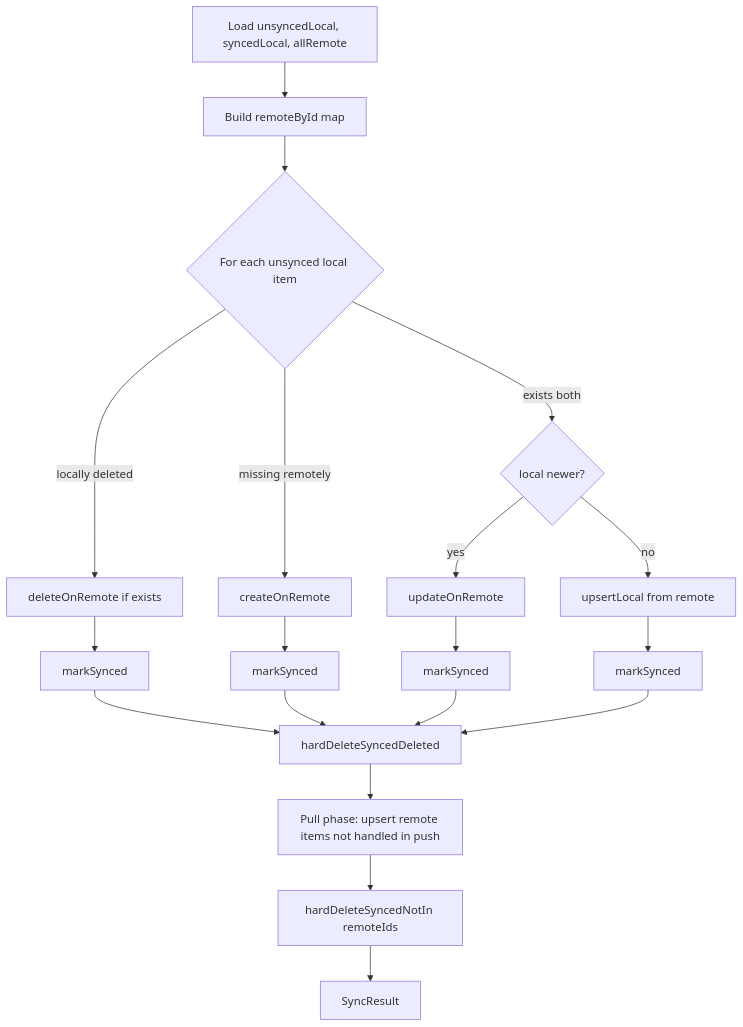
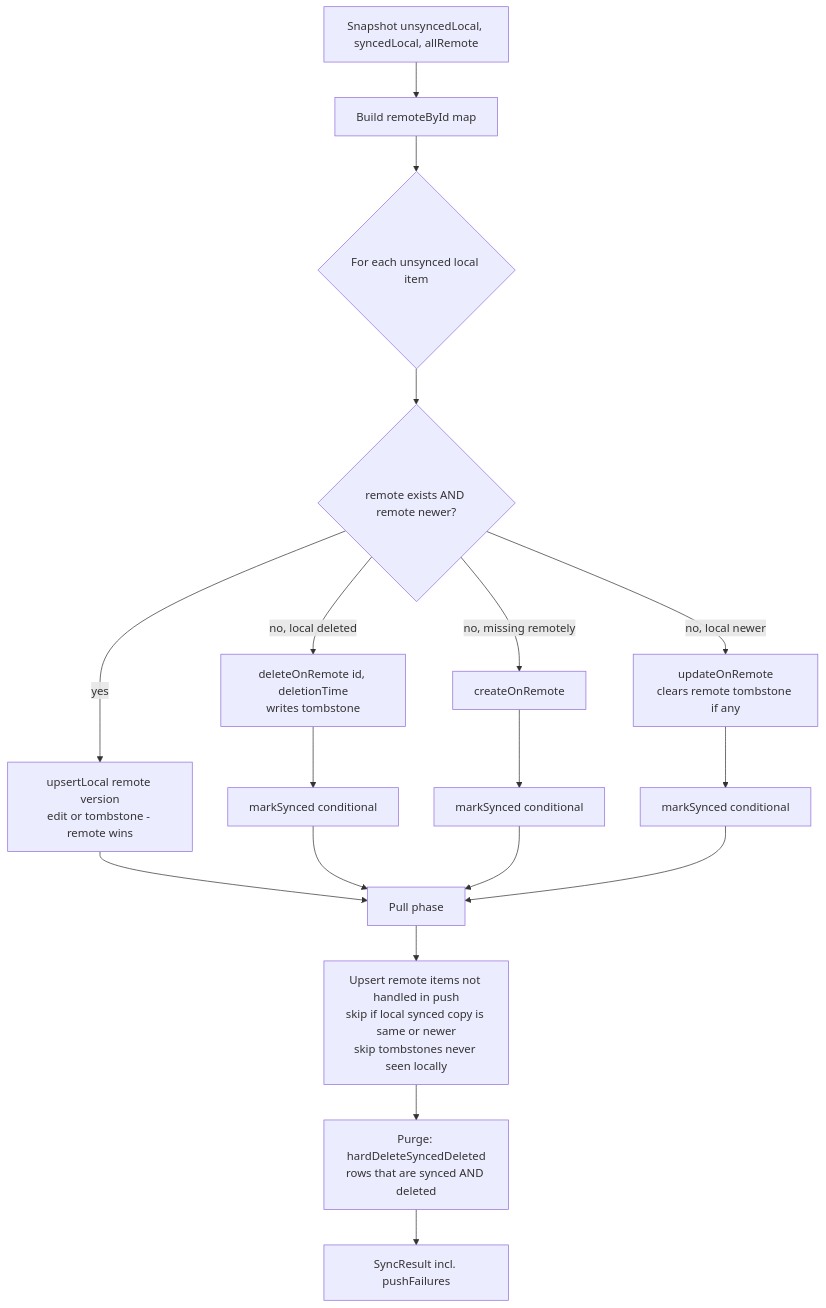
Before and after one commit to martinhansdk/repertoire-coach: the fourth of 7 diagrams in docs/SYNC_ARCHITECTURE.md, drawn with Mermaid. The commit also changed other lines of this file and 1 other file, not shown here.

First line of the commit message:
Update sync documentation for the migration-013 design

````diff
--- a/docs/SYNC_ARCHITECTURE.md
+++ b/docs/SYNC_ARCHITECTURE.md
@@ -91,26 +128,20 @@
 ```mermaid
 flowchart TD
-  A[Load unsyncedLocal, syncedLocal, allRemote] --> B[Build remoteById map]
+  A[Snapshot unsyncedLocal, syncedLocal, allRemote] --> B[Build remoteById map]
   B --> C{For each unsynced local item}
 
-  C -->|locally deleted| D[deleteOnRemote if exists]
-  D --> E[markSynced]
+  C --> D{remote exists AND remote newer?}
+  D -->|yes| E[upsertLocal remote version<br/>edit or tombstone - remote wins]
+  D -->|no, local deleted| F[deleteOnRemote id, deletionTime<br/>writes tombstone] --> G[markSynced conditional]
+  D -->|no, missing remotely| H[createOnRemote] --> I[markSynced conditional]
+  D -->|no, local newer| J[updateOnRemote<br/>clears remote tombstone if any] --> K[markSynced conditional]
 
-  C -->|missing remotely| F[createOnRemote]
-  F --> G[markSynced]
+  E --> L[Pull phase]
+  G --> L
+  I --> L
+  K --> L
 
-  C -->|exists both| H{local newer?}
-  H -->|yes| I[updateOnRemote]
-  I --> J[markSynced]
-  H -->|no| K[upsertLocal from remote]
-  K --> L[markSynced]
-
-  E --> M[hardDeleteSyncedDeleted]
-  G --> M
-  J --> M
-  L --> M
-
-  M --> N[Pull phase: upsert remote items not handled in push]
-  N --> O[hardDeleteSyncedNotIn remoteIds]
-  O --> P[SyncResult]
+  L --> M[Upsert remote items not handled in push<br/>skip if local synced copy is same or newer<br/>skip tombstones never seen locally]
+  M --> N[Purge: hardDeleteSyncedDeleted<br/>rows that are synced AND deleted]
+  N --> O[SyncResult incl. pushFailures]
 ```
````
